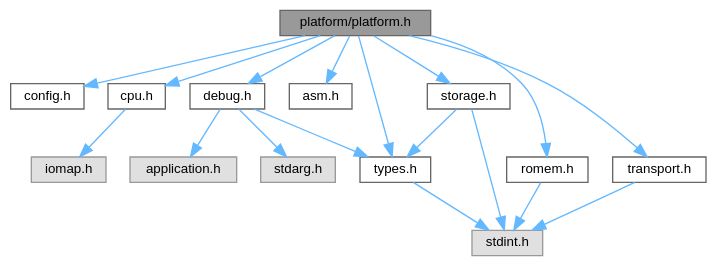
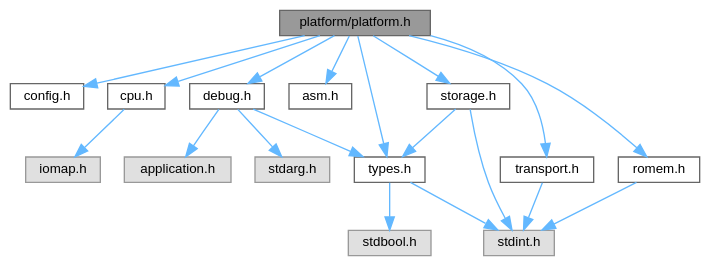
The diagram in platform_8h__incl.dot (ebs-universe/piolib-platform), drawn with Graphviz before and after one commit. The commit also changed 95 other files, not shown here.

```diff
--- a/platform_8h__incl.dot
+++ b/platform_8h__incl.dot
@@ -1,38 +1,40 @@
 digraph "platform/platform.h"
 {
  // INTERACTIVE_SVG=YES
  // LATEX_PDF_SIZE
   bgcolor="transparent";
   edge [fontname=Helvetica,fontsize=10,labelfontname=Helvetica,labelfontsize=10];
   node [fontname=Helvetica,fontsize=10,shape=box,height=0.2,width=0.4];
   Node1 [id="Node000001",label="platform/platform.h",height=0.2,width=0.4,color="gray40", fillcolor="grey60", style="filled", fontcolor="black",tooltip=" "];
   Node1 -> Node2 [id="edge1_Node000001_Node000002",color="steelblue1",style="solid",tooltip=" "];
   Node2 [id="Node000002",label="config.h",height=0.2,width=0.4,color="grey40", fillcolor="white", style="filled",URL="$config_8h.html",tooltip=" "];
   Node1 -> Node3 [id="edge2_Node000001_Node000003",color="steelblue1",style="solid",tooltip=" "];
   Node3 [id="Node000003",label="types.h",height=0.2,width=0.4,color="grey40", fillcolor="white", style="filled",URL="$types_8h.html",tooltip=" "];
   Node3 -> Node4 [id="edge3_Node000003_Node000004",color="steelblue1",style="solid",tooltip=" "];
   Node4 [id="Node000004",label="stdint.h",height=0.2,width=0.4,color="grey60", fillcolor="#E0E0E0", style="filled",tooltip=" "];
-  Node1 -> Node5 [id="edge4_Node000001_Node000005",color="steelblue1",style="solid",tooltip=" "];
-  Node5 [id="Node000005",label="cpu.h",height=0.2,width=0.4,color="grey40", fillcolor="white", style="filled",URL="$cpu_8h.html",tooltip="Definitions for EBS CPU controls."];
-  Node5 -> Node6 [id="edge5_Node000005_Node000006",color="steelblue1",style="solid",tooltip=" "];
-  Node6 [id="Node000006",label="iomap.h",height=0.2,width=0.4,color="grey60", fillcolor="#E0E0E0", style="filled",tooltip=" "];
-  Node1 -> Node7 [id="edge6_Node000001_Node000007",color="steelblue1",style="solid",tooltip=" "];
-  Node7 [id="Node000007",label="asm.h",height=0.2,width=0.4,color="grey40", fillcolor="white", style="filled",URL="$asm_8h.html",tooltip="Helper Definitions for ASM files."];
+  Node3 -> Node5 [id="edge4_Node000003_Node000005",color="steelblue1",style="solid",tooltip=" "];
+  Node5 [id="Node000005",label="stdbool.h",height=0.2,width=0.4,color="grey60", fillcolor="#E0E0E0", style="filled",tooltip=" "];
+  Node1 -> Node6 [id="edge5_Node000001_Node000006",color="steelblue1",style="solid",tooltip=" "];
+  Node6 [id="Node000006",label="cpu.h",height=0.2,width=0.4,color="grey40", fillcolor="white", style="filled",URL="$cpu_8h.html",tooltip="Definitions for EBS CPU controls."];
+  Node6 -> Node7 [id="edge6_Node000006_Node000007",color="steelblue1",style="solid",tooltip=" "];
+  Node7 [id="Node000007",label="iomap.h",height=0.2,width=0.4,color="grey60", fillcolor="#E0E0E0", style="filled",tooltip=" "];
   Node1 -> Node8 [id="edge7_Node000001_Node000008",color="steelblue1",style="solid",tooltip=" "];
-  Node8 [id="Node000008",label="debug.h",height=0.2,width=0.4,color="grey40", fillcolor="white", style="filled",URL="$debug_8h.html",tooltip=" "];
-  Node8 -> Node9 [id="edge8_Node000008_Node000009",color="steelblue1",style="solid",tooltip=" "];
-  Node9 [id="Node000009",label="application.h",height=0.2,width=0.4,color="grey60", fillcolor="#E0E0E0", style="filled",tooltip=" "];
-  Node8 -> Node10 [id="edge9_Node000008_Node000010",color="steelblue1",style="solid",tooltip=" "];
-  Node10 [id="Node000010",label="stdarg.h",height=0.2,width=0.4,color="grey60", fillcolor="#E0E0E0", style="filled",tooltip=" "];
-  Node8 -> Node3 [id="edge10_Node000008_Node000003",color="steelblue1",style="solid",tooltip=" "];
-  Node1 -> Node11 [id="edge11_Node000001_Node000011",color="steelblue1",style="solid",tooltip=" "];
-  Node11 [id="Node000011",label="romem.h",height=0.2,width=0.4,color="grey40", fillcolor="white", style="filled",URL="$romem_8h.html",tooltip=" "];
-  Node11 -> Node4 [id="edge12_Node000011_Node000004",color="steelblue1",style="solid",tooltip=" "];
-  Node1 -> Node12 [id="edge13_Node000001_Node000012",color="steelblue1",style="solid",tooltip=" "];
-  Node12 [id="Node000012",label="transport.h",height=0.2,width=0.4,color="grey40", fillcolor="white", style="filled",URL="$transport_8h.html",tooltip="Definitions for EBS transports."];
-  Node12 -> Node4 [id="edge14_Node000012_Node000004",color="steelblue1",style="solid",tooltip=" "];
-  Node1 -> Node13 [id="edge15_Node000001_Node000013",color="steelblue1",style="solid",tooltip=" "];
-  Node13 [id="Node000013",label="storage.h",height=0.2,width=0.4,color="grey40", fillcolor="white", style="filled",URL="$storage_8h.html",tooltip=" "];
-  Node13 -> Node4 [id="edge16_Node000013_Node000004",color="steelblue1",style="solid",tooltip=" "];
-  Node13 -> Node3 [id="edge17_Node000013_Node000003",color="steelblue1",style="solid",tooltip=" "];
+  Node8 [id="Node000008",label="asm.h",height=0.2,width=0.4,color="grey40", fillcolor="white", style="filled",URL="$asm_8h.html",tooltip="Helper Definitions for ASM files."];
+  Node1 -> Node9 [id="edge8_Node000001_Node000009",color="steelblue1",style="solid",tooltip=" "];
+  Node9 [id="Node000009",label="debug.h",height=0.2,width=0.4,color="grey40", fillcolor="white", style="filled",URL="$debug_8h.html",tooltip=" "];
+  Node9 -> Node10 [id="edge9_Node000009_Node000010",color="steelblue1",style="solid",tooltip=" "];
+  Node10 [id="Node000010",label="application.h",height=0.2,width=0.4,color="grey60", fillcolor="#E0E0E0", style="filled",tooltip=" "];
+  Node9 -> Node11 [id="edge10_Node000009_Node000011",color="steelblue1",style="solid",tooltip=" "];
+  Node11 [id="Node000011",label="stdarg.h",height=0.2,width=0.4,color="grey60", fillcolor="#E0E0E0", style="filled",tooltip=" "];
+  Node9 -> Node3 [id="edge11_Node000009_Node000003",color="steelblue1",style="solid",tooltip=" "];
+  Node1 -> Node12 [id="edge12_Node000001_Node000012",color="steelblue1",style="solid",tooltip=" "];
+  Node12 [id="Node000012",label="romem.h",height=0.2,width=0.4,color="grey40", fillcolor="white", style="filled",URL="$romem_8h.html",tooltip=" "];
+  Node12 -> Node4 [id="edge13_Node000012_Node000004",color="steelblue1",style="solid",tooltip=" "];
+  Node1 -> Node13 [id="edge14_Node000001_Node000013",color="steelblue1",style="solid",tooltip=" "];
+  Node13 [id="Node000013",label="transport.h",height=0.2,width=0.4,color="grey40", fillcolor="white", style="filled",URL="$transport_8h.html",tooltip="Definitions for EBS transports."];
+  Node13 -> Node4 [id="edge15_Node000013_Node000004",color="steelblue1",style="solid",tooltip=" "];
+  Node1 -> Node14 [id="edge16_Node000001_Node000014",color="steelblue1",style="solid",tooltip=" "];
+  Node14 [id="Node000014",label="storage.h",height=0.2,width=0.4,color="grey40", fillcolor="white", style="filled",URL="$storage_8h.html",tooltip=" "];
+  Node14 -> Node4 [id="edge17_Node000014_Node000004",color="steelblue1",style="solid",tooltip=" "];
+  Node14 -> Node3 [id="edge18_Node000014_Node000003",color="steelblue1",style="solid",tooltip=" "];
 }
```
